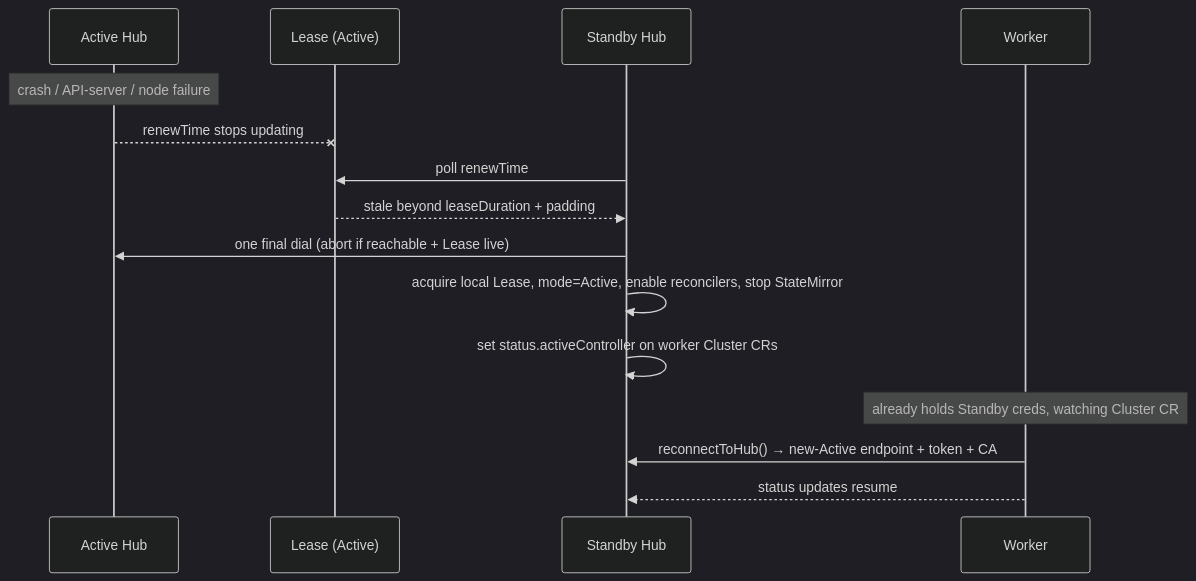
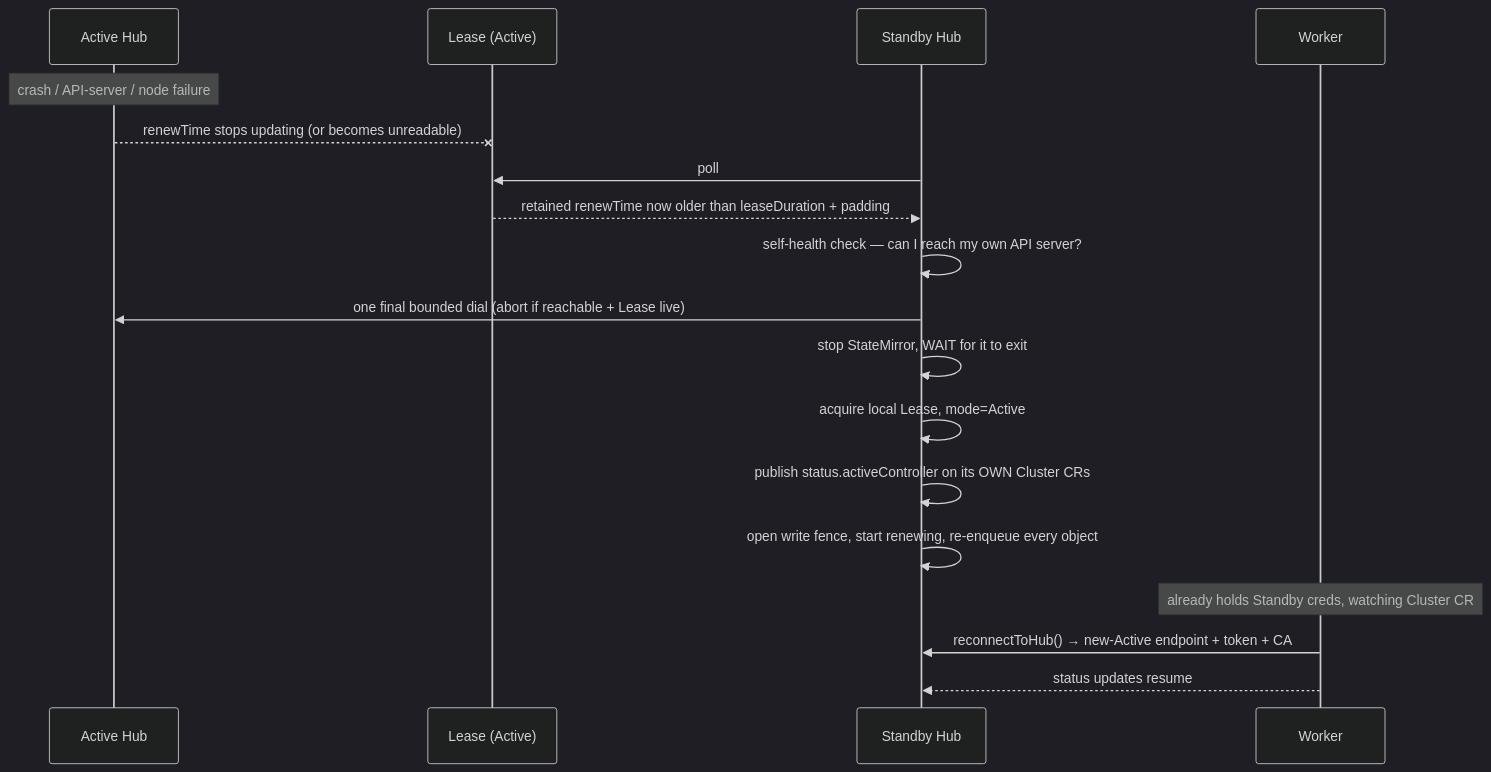
One commit to kubeslice/kubeslice-controller changed the third of 3 diagrams in docs/adr/ha-active-standby-adr.md. Above: the diagram before and after it, drawn with Mermaid (dark theme). The commit also changed other lines of this file, not shown here.

````diff
--- a/docs/adr/ha-active-standby-adr.md
+++ b/docs/adr/ha-active-standby-adr.md
@@ -232,18 +286,21 @@
 ```mermaid
 sequenceDiagram
     participant A as Active Hub
     participant L as Lease (Active)
     participant S as Standby Hub
     participant W as Worker
 
     Note over A: crash / API-server / node failure
-    A--xL: renewTime stops updating
-    S->>L: poll renewTime
-    L-->>S: stale beyond leaseDuration + padding
-    S->>A: one final dial (abort if reachable + Lease live)
-    S->>S: acquire local Lease, mode=Active, enable reconcilers, stop StateMirror
-    S->>S: set status.activeController on worker Cluster CRs
+    A--xL: renewTime stops updating (or becomes unreadable)
+    S->>L: poll
+    L-->>S: retained renewTime now older than leaseDuration + padding
+    S->>S: self-health check — can I reach my own API server?
+    S->>A: one final bounded dial (abort if reachable + Lease live)
+    S->>S: stop StateMirror, WAIT for it to exit
+    S->>S: acquire local Lease, mode=Active
+    S->>S: publish status.activeController on its OWN Cluster CRs
+    S->>S: open write fence, start renewing, re-enqueue every object
     Note over W: already holds Standby creds, watching Cluster CR
     W->>S: reconnectToHub() → new-Active endpoint + token + CA
     W-->>S: status updates resume
 ```
````
